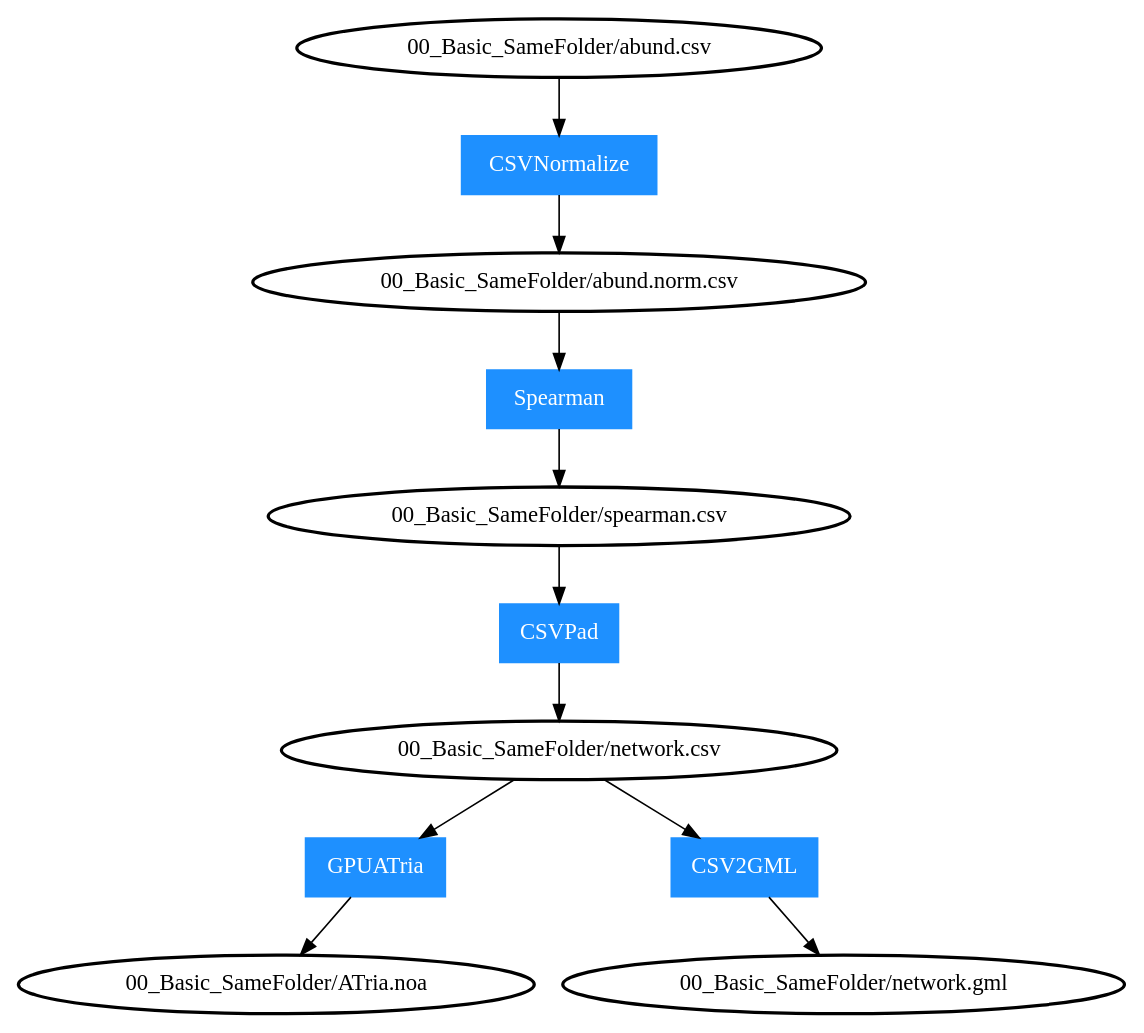
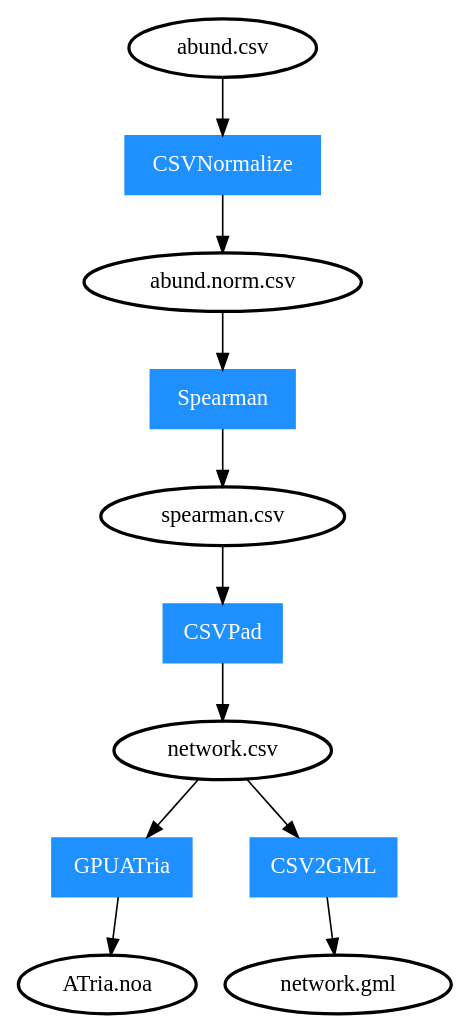
The diagram in 00_Basic_SameFolder/expected.dot (movingpictures83/PipeViz), drawn with Graphviz before and after one commit. The commit also changed 3 other files, not shown here.

```diff
--- a/00_Basic_SameFolder/expected.dot
+++ b/00_Basic_SameFolder/expected.dot
@@ -1,13 +1,13 @@
 digraph G {
 	node [style=bold]
-	"00_Basic_SameFolder/abund.csv"->"0"->"00_Basic_SameFolder/abund.norm.csv";
-	"00_Basic_SameFolder/abund.norm.csv"->"1"->"00_Basic_SameFolder/spearman.csv";
-	"00_Basic_SameFolder/spearman.csv"->"2"->"00_Basic_SameFolder/network.csv";
-	"00_Basic_SameFolder/network.csv"->"3"->"00_Basic_SameFolder/ATria.noa";
-	"00_Basic_SameFolder/network.csv"->"4"->"00_Basic_SameFolder/network.gml";
+	"abund.csv"->"0"->"abund.norm.csv";
+	"abund.norm.csv"->"1"->"spearman.csv";
+	"spearman.csv"->"2"->"network.csv";
+	"network.csv"->"3"->"ATria.noa";
+	"network.csv"->"4"->"network.gml";
 	"0" [label="CSVNormalize", shape=box, color=dodgerblue1, fontcolor=white, style=filled];
 	"1" [label="Spearman", shape=box, color=dodgerblue1, fontcolor=white, style=filled];
 	"2" [label="CSVPad", shape=box, color=dodgerblue1, fontcolor=white, style=filled];
 	"3" [label="GPUATria", shape=box, color=dodgerblue1, fontcolor=white, style=filled];
 	"4" [label="CSV2GML", shape=box, color=dodgerblue1, fontcolor=white, style=filled];
 }
```
